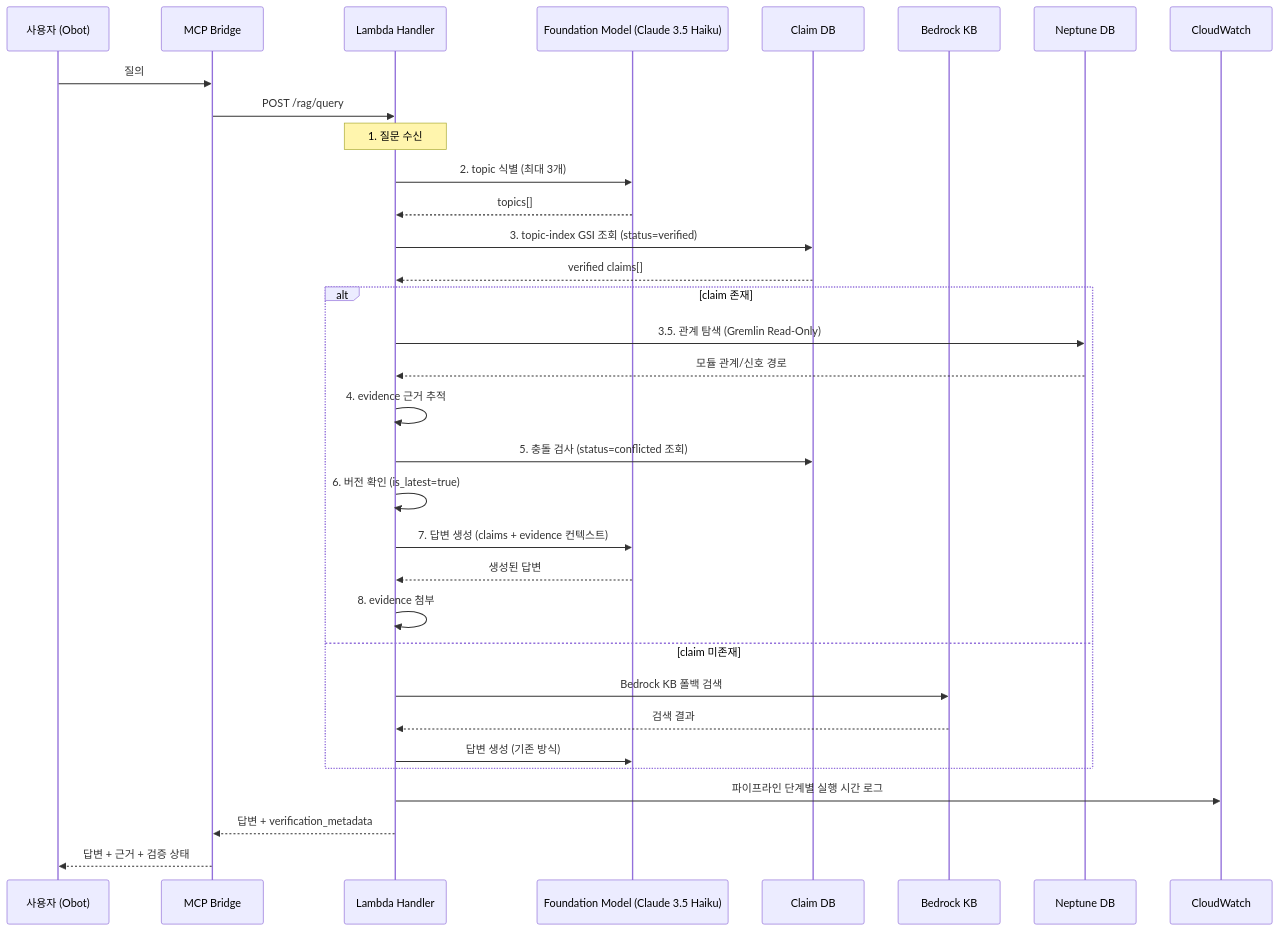
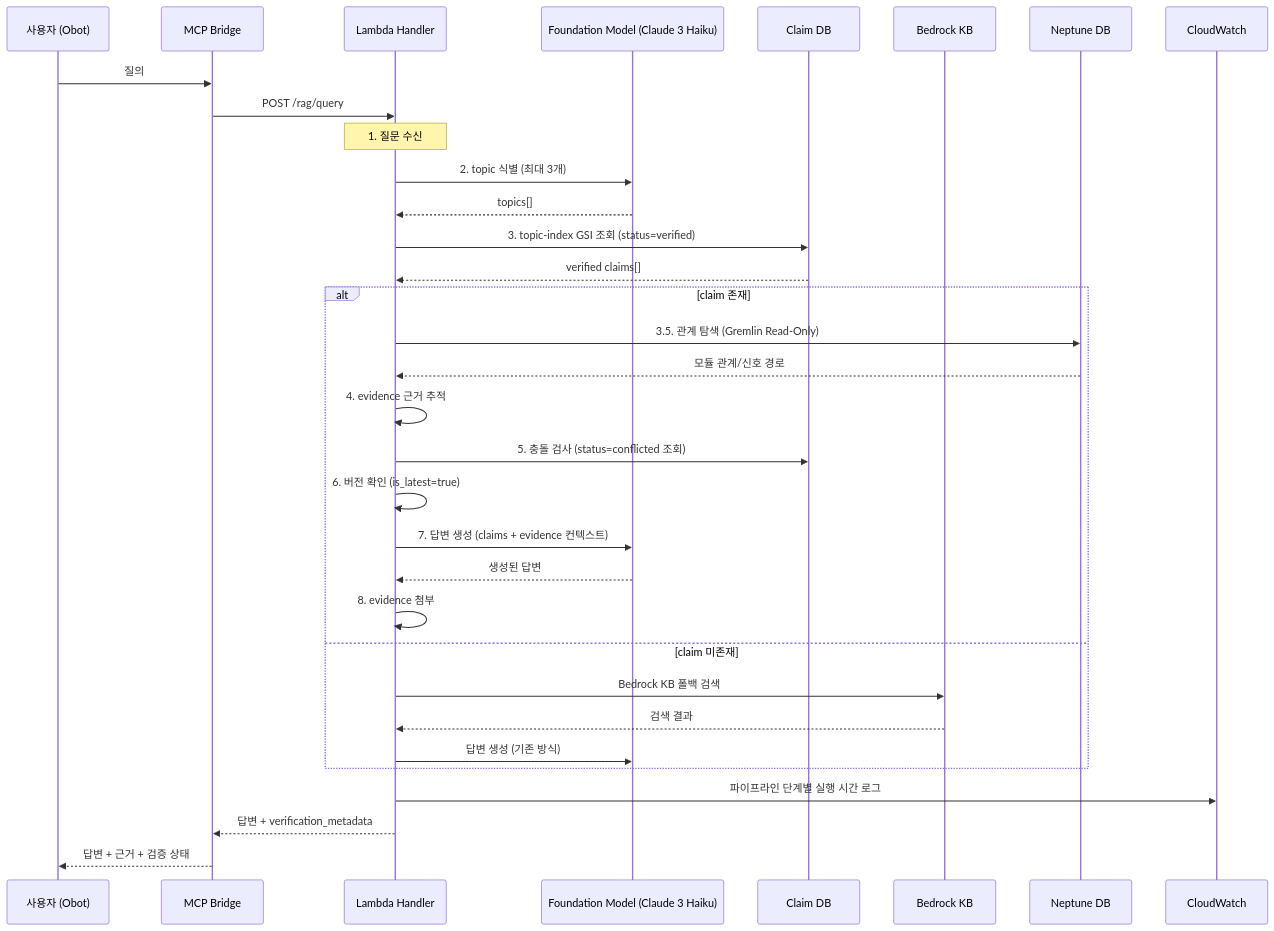
One commit to yota0227/aws_private_rag-public- changed the fourth of 5 diagrams in .kiro/specs/8_enhanced-rag-optimization/design.md. Above: the diagram before and after it, drawn with Mermaid. The commit also changed other lines of this file and 3 other files, not shown here.

````diff
--- a/.kiro/specs/8_enhanced-rag-optimization/design.md
+++ b/.kiro/specs/8_enhanced-rag-optimization/design.md
@@ -156,40 +166,40 @@
 ```mermaid
 sequenceDiagram
     participant User as 사용자 (Obot)
     participant MCP as MCP Bridge
     participant Lambda as Lambda Handler
-    participant FM as Foundation Model (Claude 3.5 Haiku)
+    participant FM as Foundation Model (Claude 3 Haiku)
     participant ClaimDB as Claim DB
     participant BKB as Bedrock KB
     participant Neptune as Neptune DB
     participant CW as CloudWatch
 
     User->>MCP: 질의
     MCP->>Lambda: POST /rag/query
 
     Note over Lambda: 1. 질문 수신
     Lambda->>FM: 2. topic 식별 (최대 3개)
     FM-->>Lambda: topics[]
 
     Lambda->>ClaimDB: 3. topic-index GSI 조회 (status=verified)
     ClaimDB-->>Lambda: verified claims[]
 
     alt claim 존재
         Lambda->>Neptune: 3.5. 관계 탐색 (Gremlin Read-Only)
         Neptune-->>Lambda: 모듈 관계/신호 경로
         Lambda->>Lambda: 4. evidence 근거 추적
         Lambda->>ClaimDB: 5. 충돌 검사 (status=conflicted 조회)
         Lambda->>Lambda: 6. 버전 확인 (is_latest=true)
         Lambda->>FM: 7. 답변 생성 (claims + evidence 컨텍스트)
         FM-->>Lambda: 생성된 답변
         Lambda->>Lambda: 8. evidence 첨부
     else claim 미존재
         Lambda->>BKB: Bedrock KB 폴백 검색
         BKB-->>Lambda: 검색 결과
         Lambda->>FM: 답변 생성 (기존 방식)
     end
 
     Lambda->>CW: 파이프라인 단계별 실행 시간 로그
     Lambda-->>MCP: 답변 + verification_metadata
     MCP-->>User: 답변 + 근거 + 검증 상태
 ```
````
